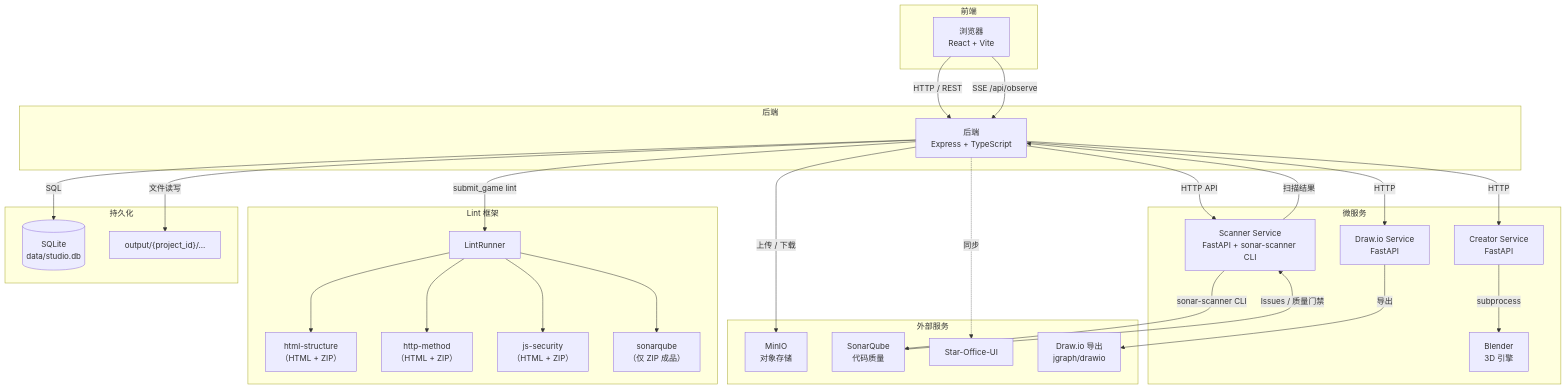
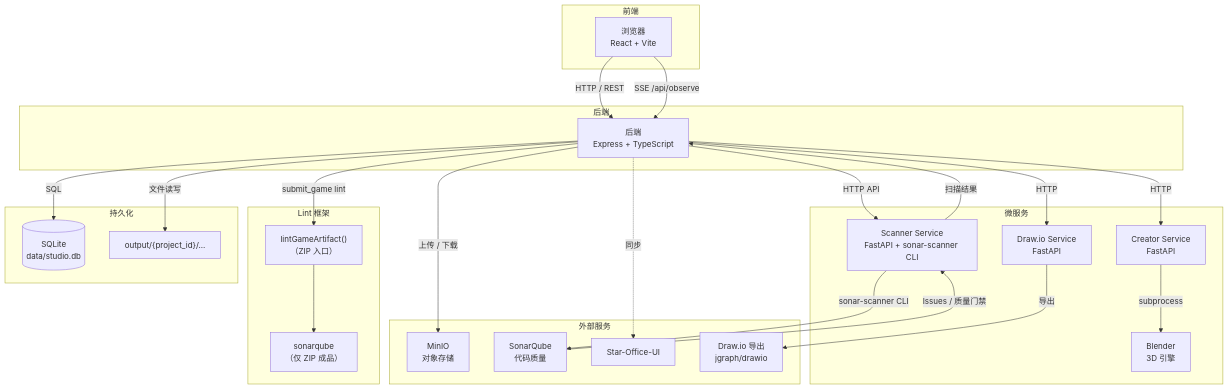
Before and after one commit to luoxiaojun1992/game-studio: the diagram in docs/ARCHITECTURE.zh-CN.md, drawn with Mermaid. The commit also changed other lines of this file and 5 other files, not shown here.

Commit message:
docs: align architecture docs and diagrams with file-only submit_game and removed checkers

````diff
--- a/docs/ARCHITECTURE.zh-CN.md
+++ b/docs/ARCHITECTURE.zh-CN.md
@@ -18,60 +18,54 @@
 ```mermaid
 graph TB
     subgraph "前端"
         Browser["浏览器<br/>React + Vite"]
     end
 
     subgraph "后端"
         BE["后端<br/>Express + TypeScript"]
     end
 
     subgraph "Lint 框架"
-        LintRunner["LintRunner"]
-        HtmlChecker["html-structure<br/>（HTML + ZIP）"]
-        HttpChecker["http-method<br/>（HTML + ZIP）"]
-        JsChecker["js-security<br/>（HTML + ZIP）"]
+        LintRunner["lintGameArtifact()<br/>（ZIP 入口）"]
         SonarChecker["sonarqube<br/>（仅 ZIP 成品）"]
     end
 
     subgraph "外部服务"
         MinIO["MinIO<br/>对象存储"]
         Sonar["SonarQube<br/>代码质量"]
         StarOffice["Star-Office-UI"]
         DrawioExport["Draw.io 导出<br/>jgraph/drawio"]
     end
 
     subgraph "微服务"
         Creator["Creator Service<br/>FastAPI"]
         Blender["Blender<br/>3D 引擎"]
         Drawio["Draw.io Service<br/>FastAPI"]
         Scanner["Scanner Service<br/>FastAPI + sonar-scanner CLI"]
     end
 
     subgraph "持久化"
         SQLite[("SQLite<br/>data/studio.db")]
         Output["output/{project_id}/..."]
     end
 
     Browser -->|HTTP / REST| BE
     Browser -->|SSE /api/observe| BE
 
     BE -->|HTTP| Creator
     BE -->|HTTP| Drawio
     BE -->|上传 / 下载| MinIO
     BE -->|SQL| SQLite
     BE -->|文件读写| Output
     BE -->|submit_game lint| LintRunner
     BE -->|HTTP API| Scanner
     BE -.->|同步| StarOffice
     Creator -->|subprocess| Blender
     Drawio -->|导出| DrawioExport
 
-    LintRunner --> HtmlChecker
-    LintRunner --> HttpChecker
-    LintRunner --> JsChecker
     LintRunner --> SonarChecker
 
     Scanner -->|sonar-scanner CLI| Sonar
     Sonar -->|Issues / 质量门禁| Scanner
     Scanner -->|扫描结果| BE
 ```
````
